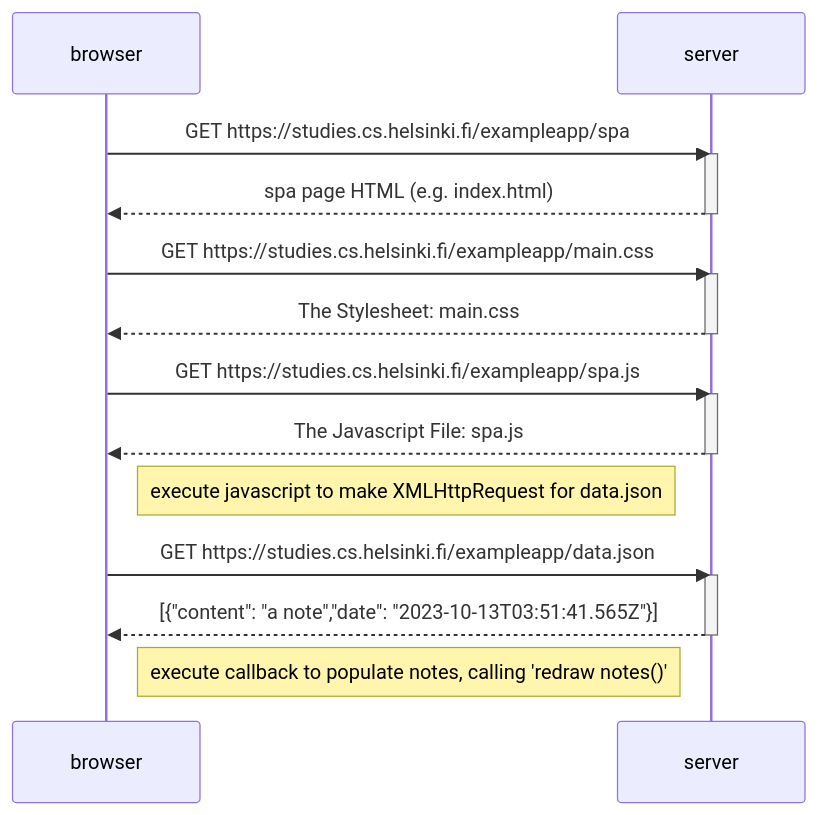
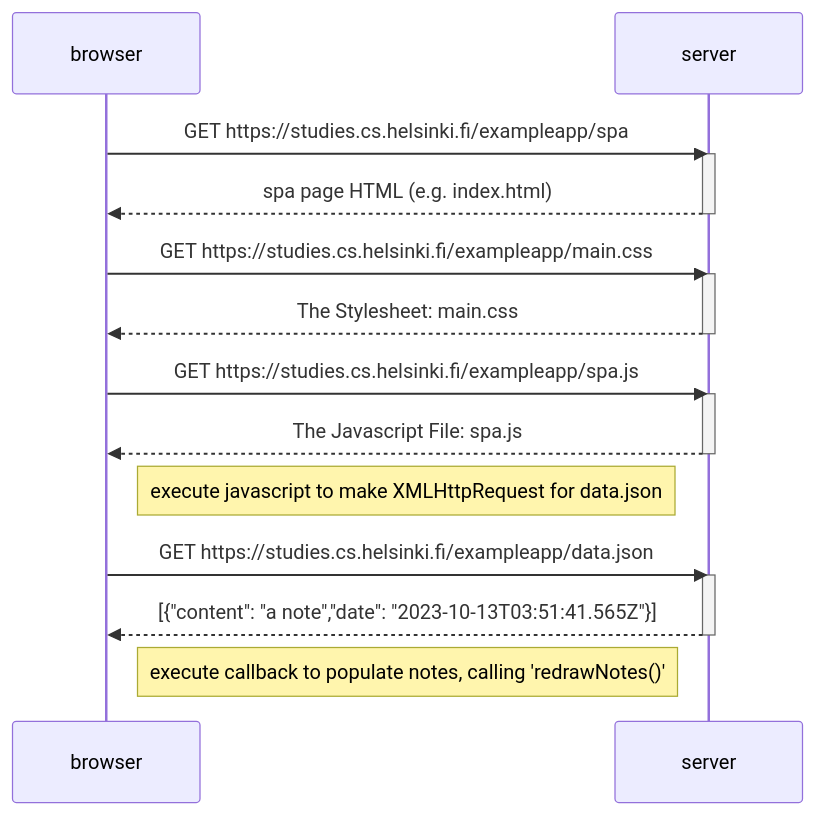
One commit to derekjwilliams/FullStackOpen changed the diagram in part0/0.5_single_page_notes_diagram.md. Above: the diagram before and after it, drawn with Mermaid. The commit also changed 1 other file, not shown here.

Commit message:
added callback execution

````diff
--- a/part0/0.5_single_page_notes_diagram.md
+++ b/part0/0.5_single_page_notes_diagram.md
@@ -2,30 +2,30 @@
 ```mermaid 
 sequenceDiagram
   participant browser
   participant server
   browser->>server: GET https://studies.cs.helsinki.fi/exampleapp/spa
 
   activate server
   server-->>browser: spa page HTML (e.g. index.html)
   deactivate server
 
   browser->>server: GET https://studies.cs.helsinki.fi/exampleapp/main.css
 
   activate server
   server-->>browser: The Stylesheet: main.css
   deactivate server
 
   browser->>server: GET https://studies.cs.helsinki.fi/exampleapp/spa.js
 
   activate server
   server-->>browser: The Javascript File: spa.js 
   deactivate server
 
   note right of browser: execute javascript to make XMLHttpRequest for data.json
   browser->>server: GET https://studies.cs.helsinki.fi/exampleapp/data.json
 
   activate server
   server-->>browser: [{"content": "a note","date": "2023-10-13T03:51:41.565Z"}]
   deactivate server
-  note right of browser: execute callback to populate notes, calling 'redraw notes()'
+  note right of browser: execute callback to populate notes, calling 'redrawNotes()'
 ```
````
